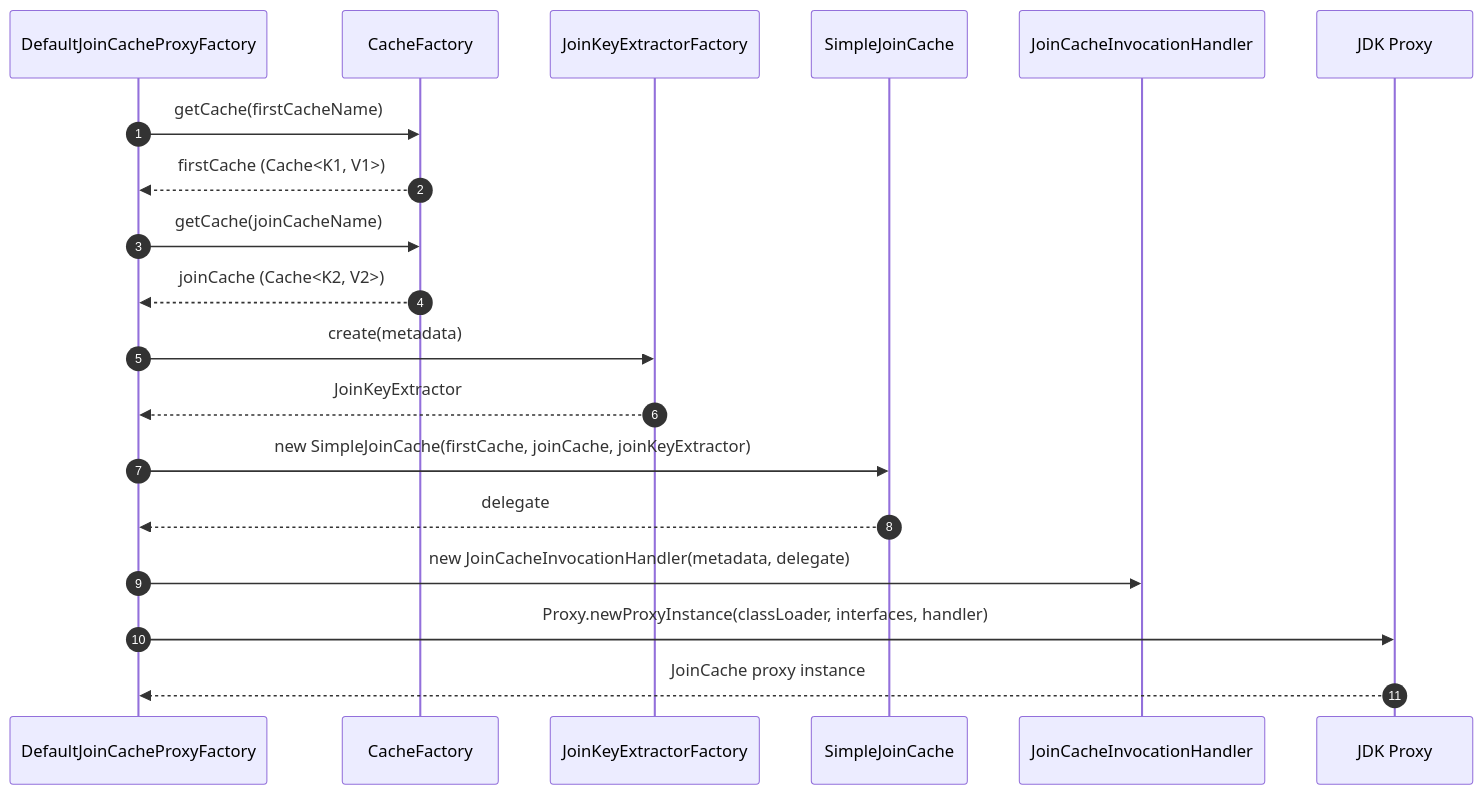
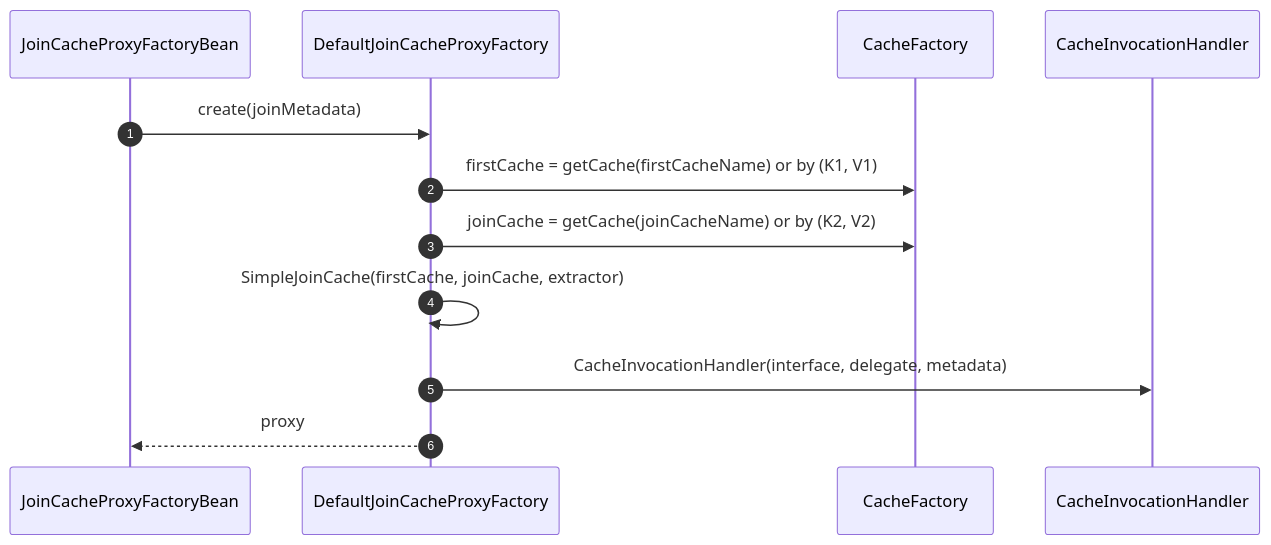
The third of 3 diagrams in wiki/zh/architecture/proxy.md (Ahoo-Wang/CoCache), drawn with Mermaid before and after one commit. The commit also changed other lines of this file and 256 other files, not shown here.

````diff
--- a/wiki/zh/architecture/proxy.md
+++ b/wiki/zh/architecture/proxy.md
@@ -302,24 +83,15 @@
 ```mermaid
 sequenceDiagram
 autonumber
+    participant FB as JoinCacheProxyFactoryBean
     participant F as DefaultJoinCacheProxyFactory
     participant CF as CacheFactory
-    participant JK as JoinKeyExtractorFactory
-    participant SC as SimpleJoinCache
-    participant IH as JoinCacheInvocationHandler
-    participant P as JDK Proxy
+    participant H as CacheInvocationHandler
 
-    F->>CF: getCache(firstCacheName)
-    CF-->>F: firstCache (Cache<K1, V1>)
-    F->>CF: getCache(joinCacheName)
-    CF-->>F: joinCache (Cache<K2, V2>)
-    F->>JK: create(metadata)
-    JK-->>F: JoinKeyExtractor
-
-    F->>SC: new SimpleJoinCache(firstCache, joinCache, joinKeyExtractor)
-    SC-->>F: delegate
-
-    F->>IH: new JoinCacheInvocationHandler(metadata, delegate)
-    F->>P: Proxy.newProxyInstance(classLoader, interfaces, handler)
-    P-->>F: JoinCache proxy instance
+    FB->>F: create(joinMetadata)
+    F->>CF: firstCache = getCache(firstCacheName) or by (K1, V1)
+    F->>CF: joinCache = getCache(joinCacheName) or by (K2, V2)
+    F->>F: SimpleJoinCache(firstCache, joinCache, extractor)
+    F->>H: CacheInvocationHandler(interface, delegate, metadata)
+    F-->>FB: proxy
 ```
````
